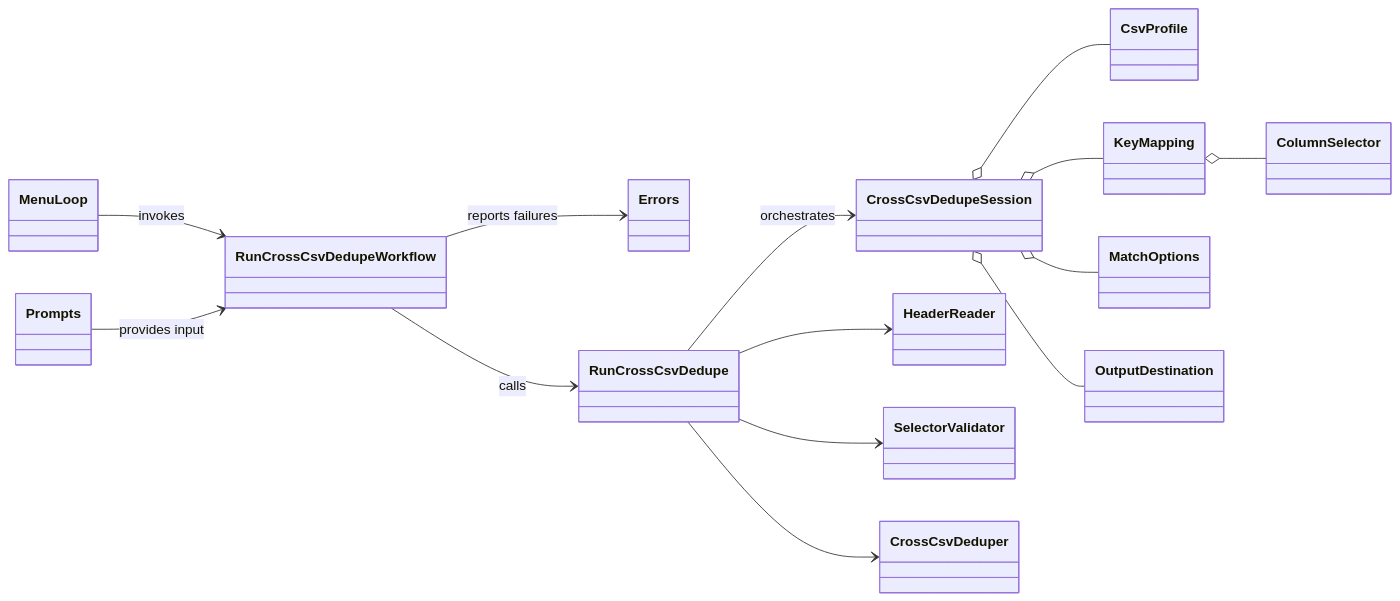
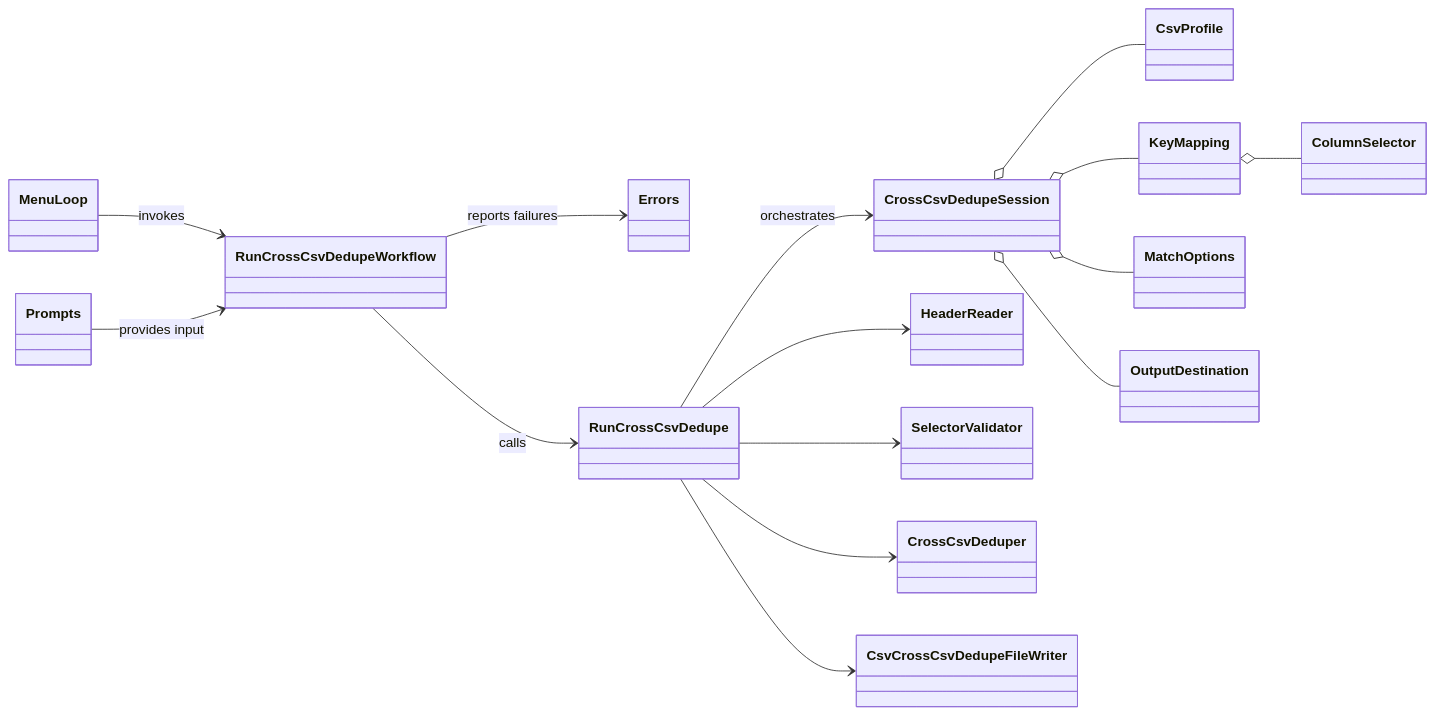
Before and after one commit to RobertAndrewHall/csvops: the fourth of 4 diagrams in docs/architecture.md, drawn with Mermaid. The commit also changed other lines of this file, not shown here.

Commit message:
Align architecture Mermaid diagrams with writer adapter dependencies

````diff
--- a/docs/architecture.md
+++ b/docs/architecture.md
@@ -332,32 +334,34 @@
 ```mermaid
 classDiagram
   direction LR
   class MenuLoop
   class RunCrossCsvDedupeWorkflow
   class Prompts
   class Errors
   class RunCrossCsvDedupe
   class CrossCsvDedupeSession
   class CsvProfile
   class KeyMapping
   class ColumnSelector
   class MatchOptions
   class OutputDestination
   class HeaderReader
   class SelectorValidator
   class CrossCsvDeduper
+  class CsvCrossCsvDedupeFileWriter
 
   MenuLoop --> RunCrossCsvDedupeWorkflow : invokes
   Prompts --> RunCrossCsvDedupeWorkflow : provides input
   RunCrossCsvDedupeWorkflow --> Errors : reports failures
   RunCrossCsvDedupeWorkflow --> RunCrossCsvDedupe : calls
   RunCrossCsvDedupe --> CrossCsvDedupeSession : orchestrates
   CrossCsvDedupeSession o-- CsvProfile
   CrossCsvDedupeSession o-- KeyMapping
   KeyMapping o-- ColumnSelector
   CrossCsvDedupeSession o-- MatchOptions
   CrossCsvDedupeSession o-- OutputDestination
   RunCrossCsvDedupe --> HeaderReader
   RunCrossCsvDedupe --> SelectorValidator
   RunCrossCsvDedupe --> CrossCsvDeduper
+  RunCrossCsvDedupe --> CsvCrossCsvDedupeFileWriter
 ```
````
